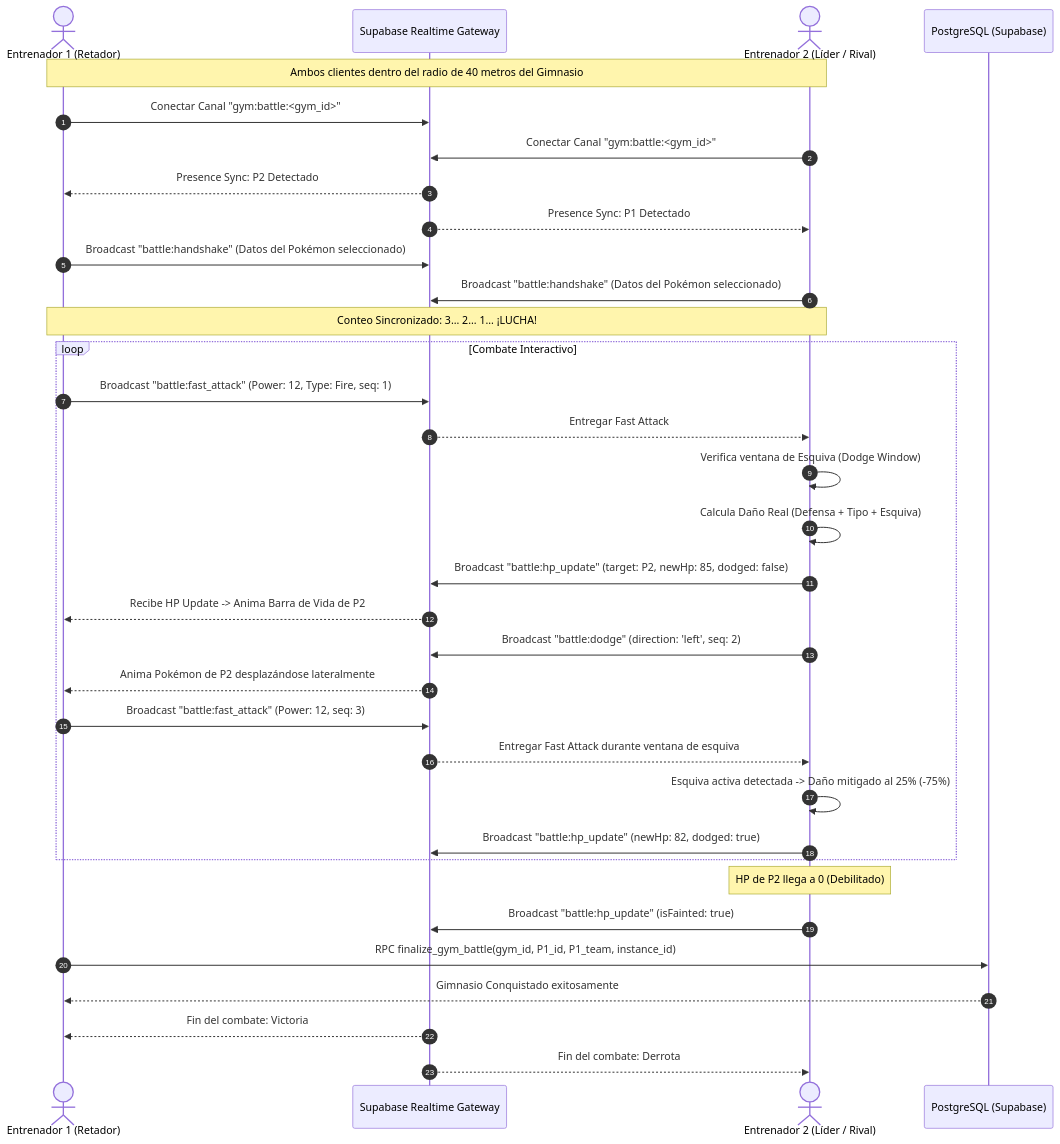
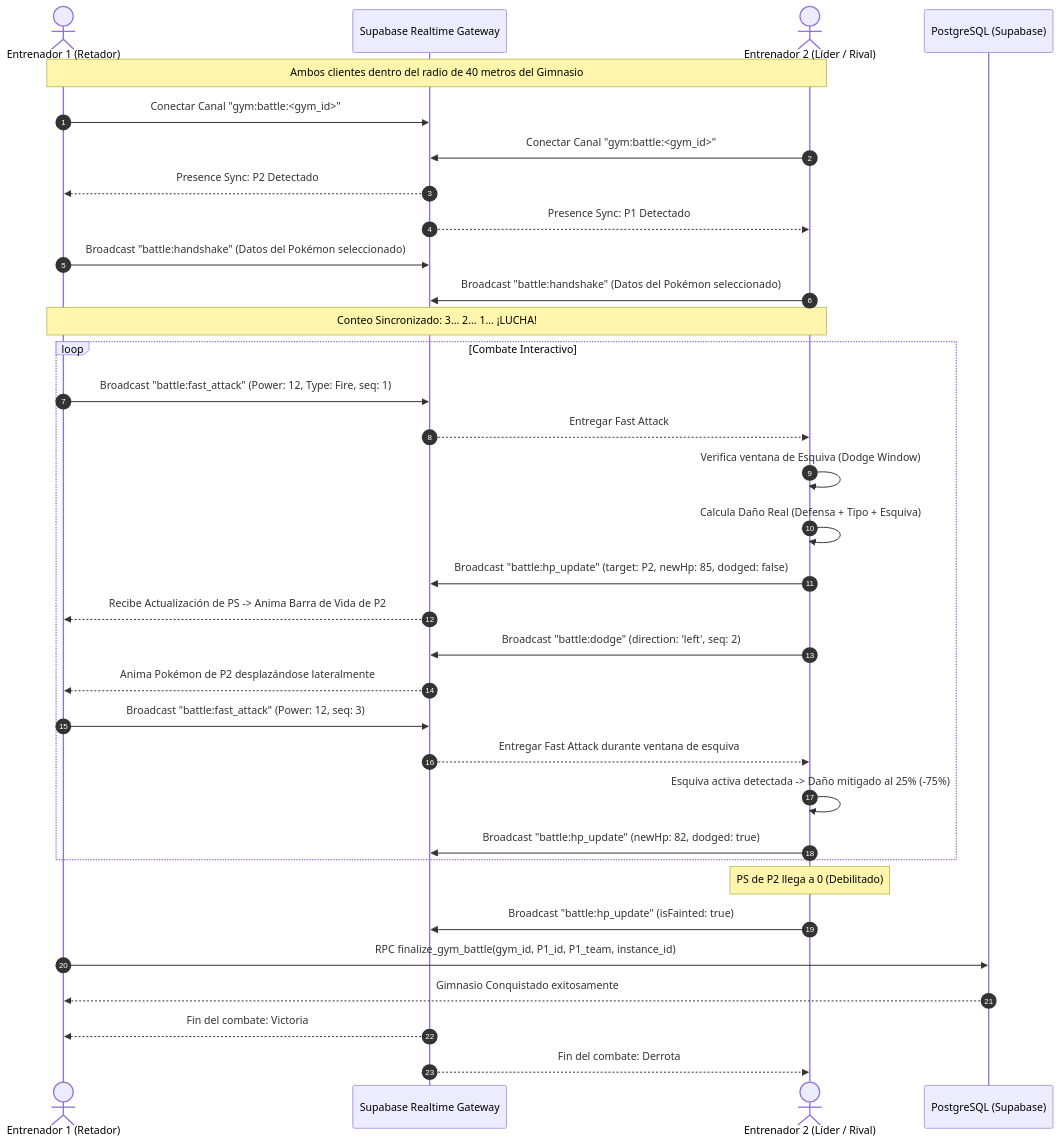
One commit to DarkFallenStar/PokemonGODM changed the second of 2 diagrams in SPEC_MODULO_6.md. Above: the diagram before and after it, drawn with Mermaid. The commit also changed other lines of this file and 15 other files, not shown here.

````diff
--- a/SPEC_MODULO_6.md
+++ b/SPEC_MODULO_6.md
@@ -406,42 +406,42 @@
 ```mermaid
 sequenceDiagram
     autonumber
     actor P1 as Entrenador 1 (Retador)
     participant WS as Supabase Realtime Gateway
     actor P2 as Entrenador 2 (Líder / Rival)
     participant DB as PostgreSQL (Supabase)
 
     Note over P1, P2: Ambos clientes dentro del radio de 40 metros del Gimnasio
     P1->>WS: Conectar Canal "gym:battle:<gym_id>"
     P2->>WS: Conectar Canal "gym:battle:<gym_id>"
     WS-->>P1: Presence Sync: P2 Detectado
     WS-->>P2: Presence Sync: P1 Detectado
     
     P1->>WS: Broadcast "battle:handshake" (Datos del Pokémon seleccionado)
     P2->>WS: Broadcast "battle:handshake" (Datos del Pokémon seleccionado)
     Note over P1, P2: Conteo Sincronizado: 3... 2... 1... ¡LUCHA!
     
     loop Combate Interactivo
         P1->>WS: Broadcast "battle:fast_attack" (Power: 12, Type: Fire, seq: 1)
         WS-->>P2: Entregar Fast Attack
         P2->>P2: Verifica ventana de Esquiva (Dodge Window)
         P2->>P2: Calcula Daño Real (Defensa + Tipo + Esquiva)
         P2->>WS: Broadcast "battle:hp_update" (target: P2, newHp: 85, dodged: false)
-        WS-->>P1: Recibe HP Update -> Anima Barra de Vida de P2
+        WS-->>P1: Recibe Actualización de PS -> Anima Barra de Vida de P2
         
         P2->>WS: Broadcast "battle:dodge" (direction: 'left', seq: 2)
         WS-->>P1: Anima Pokémon de P2 desplazándose lateralmente
         
         P1->>WS: Broadcast "battle:fast_attack" (Power: 12, seq: 3)
         WS-->>P2: Entregar Fast Attack durante ventana de esquiva
         P2->>P2: Esquiva activa detectada -> Daño mitigado al 25% (-75%)
         P2->>WS: Broadcast "battle:hp_update" (newHp: 82, dodged: true)
     end
     
-    Note over P2: HP de P2 llega a 0 (Debilitado)
+    Note over P2: PS de P2 llega a 0 (Debilitado)
     P2->>WS: Broadcast "battle:hp_update" (isFainted: true)
     P1->>DB: RPC finalize_gym_battle(gym_id, P1_id, P1_team, instance_id)
     DB-->>P1: Gimnasio Conquistado exitosamente
     WS-->>P1: Fin del combate: Victoria
     WS-->>P2: Fin del combate: Derrota
 ```
````
